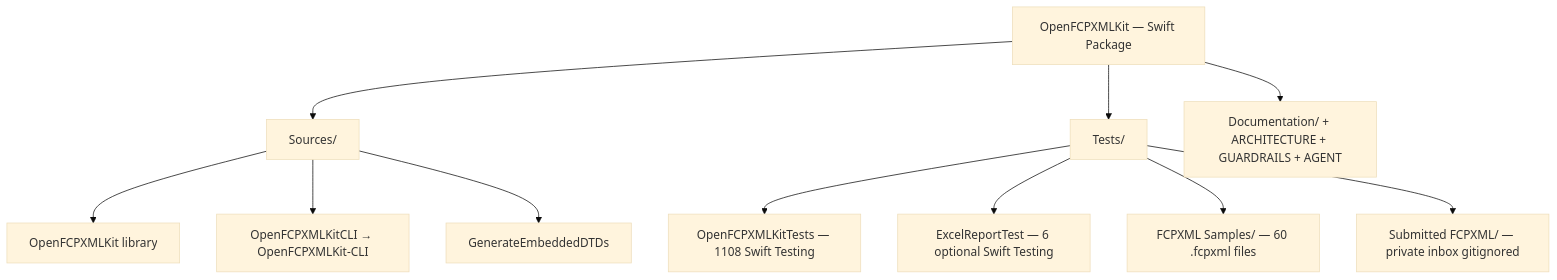
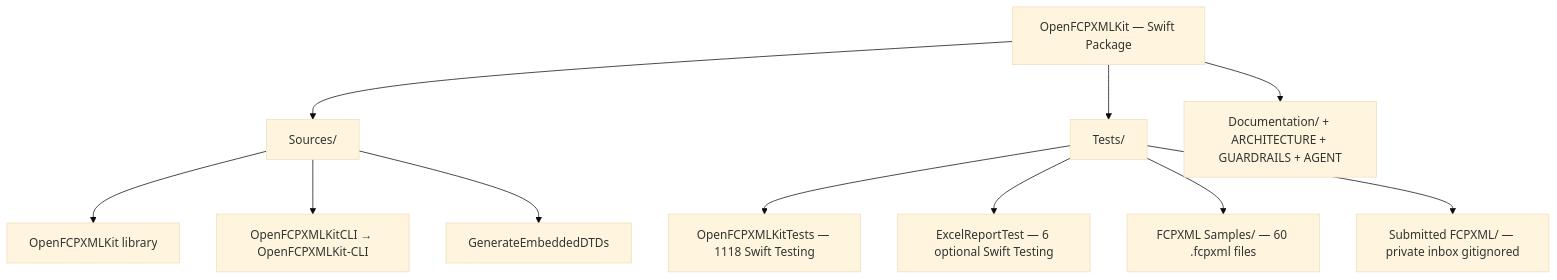
One commit to TheAcharya/OpenFCPXMLKit changed the first of 6 diagrams in ARCHITECTURE.md. Above: the diagram before and after it, drawn with Mermaid (base theme). The commit also changed other lines of this file and 45 other files, not shown here.

````diff
--- a/ARCHITECTURE.md
+++ b/ARCHITECTURE.md
@@ -203,17 +206,17 @@
 ```mermaid
 flowchart TB
     Pkg["OpenFCPXMLKit — Swift Package"]
 
     Pkg --> SRC["Sources/"]
     Pkg --> TST["Tests/"]
     Pkg --> DOC["Documentation/ + ARCHITECTURE + GUARDRAILS + AGENT"]
 
     SRC --> LIB["OpenFCPXMLKit library"]
     SRC --> CLI["OpenFCPXMLKitCLI → OpenFCPXMLKit-CLI"]
     SRC --> GEN["GenerateEmbeddedDTDs"]
 
-    TST --> OKT["OpenFCPXMLKitTests — 1108 Swift Testing"]
+    TST --> OKT["OpenFCPXMLKitTests — 1118 Swift Testing"]
     TST --> ERT["ExcelReportTest — 6 optional Swift Testing"]
     TST --> SMP["FCPXML Samples/ — 60 .fcpxml files"]
     TST --> SUB["Submitted FCPXML/ — private inbox gitignored"]
 ```
````
